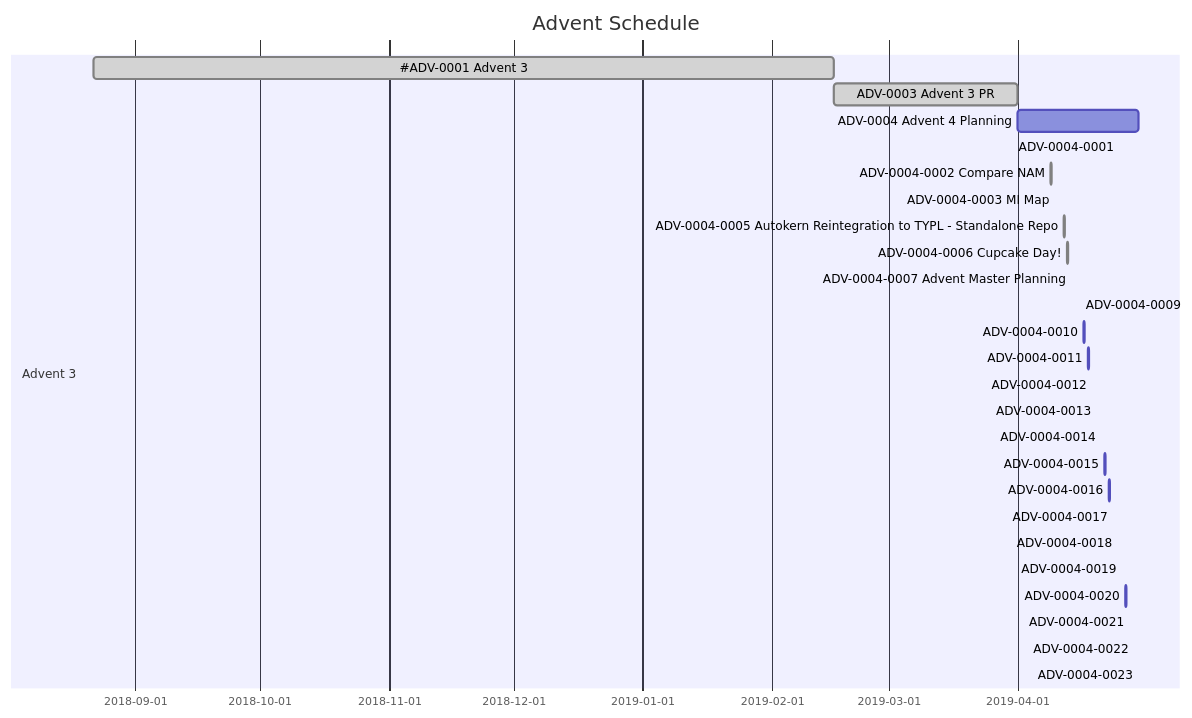
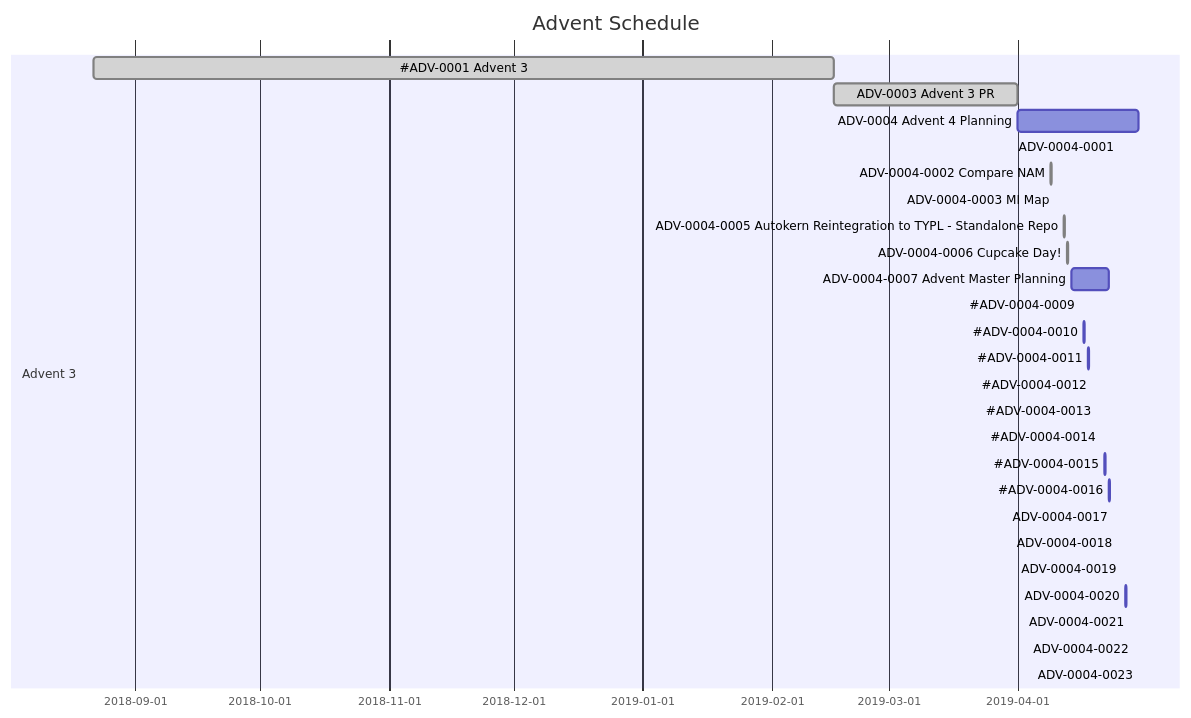
Before and after one commit to VivaRado/Advent: the second of 2 diagrams in README.md, drawn with Mermaid. The commit also changed 2 other files, not shown here.

Commit message:
schedule update

````diff
--- a/README.md
+++ b/README.md
@@ -805,32 +805,32 @@
 ```mermaid
 gantt
         dateFormat  YYYY-MM-DD
         title Advent Schedule
         section Advent 3
         #ADV-0001 Advent 3:         done,des1, 2018-08-22,2019-02-16
         ADV-0003 Advent 3 PR:         done,des2, 2019-02-16, 2019-04-01
         ADV-0004 Advent 4 Planning:         des3, after des2, 2019-04-30
         ADV-0004-0001:         done, des4, 2019-03-31, 2h
         ADV-0004-0002 Compare NAM:         done, des5, 2019-04-09, 2h
         ADV-0004-0003 MI Map:         done, des6, 2019-04-10, 2h
         
         ADV-0004-0005 Autokern Reintegration to TYPL - Standalone Repo: done, des8, 2019-04-12, 6h
         ADV-0004-0006 Cupcake Day!:         done, des9, 2019-04-13, 2h
-        ADV-0004-0007 Advent Master Planning:         done, des10, 2019-04-14, 2h
+        ADV-0004-0007 Advent Master Planning:         des10, 2019-04-14, 2019-04-23
         
-        ADV-0004-0009:         des12, 2019-04-16, 2h
-        ADV-0004-0010:         des13, 2019-04-17, 2h
-        ADV-0004-0011:         des14, 2019-04-18, 2h
-        ADV-0004-0012:         des15, 2019-04-19, 2h
-        ADV-0004-0013:         des16, 2019-04-20, 2h
-        ADV-0004-0014:         des17, 2019-04-21, 2h
-        ADV-0004-0015:         des18, 2019-04-22, 2h
-        ADV-0004-0016:         des19, 2019-04-23, 2h
+        #ADV-0004-0009:         des12, 2019-04-16, 2h
+        #ADV-0004-0010:         des13, 2019-04-17, 2h
+        #ADV-0004-0011:         des14, 2019-04-18, 2h
+        #ADV-0004-0012:         des15, 2019-04-19, 2h
+        #ADV-0004-0013:         des16, 2019-04-20, 2h
+        #ADV-0004-0014:         des17, 2019-04-21, 2h
+        #ADV-0004-0015:         des18, 2019-04-22, 2h
+        #ADV-0004-0016:         des19, 2019-04-23, 2h
         ADV-0004-0017:         des20, 2019-04-24, 2h
         ADV-0004-0018:         des21, 2019-04-25, 2h
         ADV-0004-0019:         des22, 2019-04-26, 2h
         ADV-0004-0020:         des23, 2019-04-27, 2h
         ADV-0004-0021:         des24, 2019-04-28, 2h
         ADV-0004-0022:         des25, 2019-04-29, 2h
         ADV-0004-0023:         des26, 2019-04-30, 2h
 ```
````
